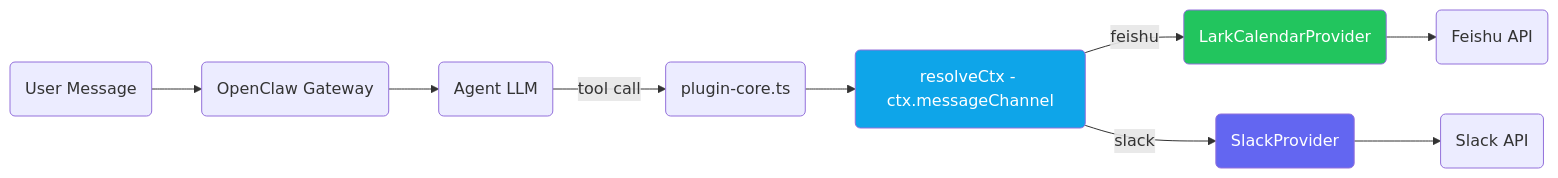
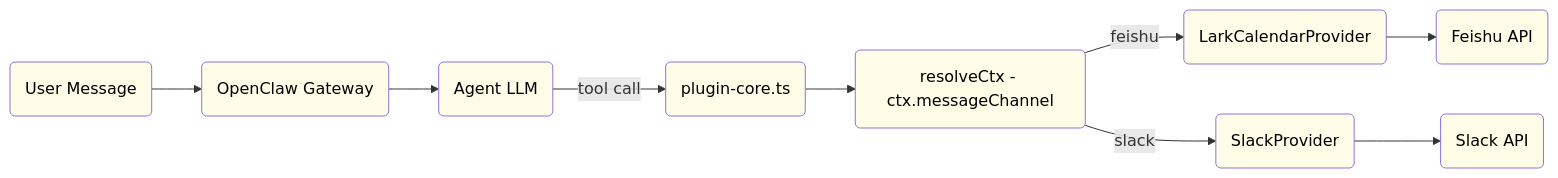
One commit to javana3/claw_meeting_all changed the eighth of 13 diagrams in README.md. Above: the diagram before and after it, drawn with Mermaid. The commit also changed other lines of this file, not shown here.

Commit message:
Replace all mermaid diagram colors with light yellow (#fffde7)

````diff
--- a/README.md
+++ b/README.md
@@ -270,15 +313,21 @@
 ```mermaid
 graph LR
     MSG(User Message) --> GW(OpenClaw Gateway)
     GW --> AGENT(Agent LLM)
     AGENT -->|tool call| CORE(plugin-core.ts)
     CORE --> CTX(resolveCtx - ctx.messageChannel)
     CTX -->|feishu| LP(LarkCalendarProvider)
     CTX -->|slack| SP(SlackProvider)
     LP --> LAPI(Feishu API)
     SP --> SAPI(Slack API)
 
-    style CTX fill:#0ea5e9,color:#fff
-    style LP fill:#22c55e,color:#fff
-    style SP fill:#6366f1,color:#fff
+    style CTX fill:#fffde7,color:#000
+    style LP fill:#fffde7,color:#000
+    style SP fill:#fffde7,color:#000
+    style MSG fill:#fffde7,color:#000
+    style GW fill:#fffde7,color:#000
+    style AGENT fill:#fffde7,color:#000
+    style CORE fill:#fffde7,color:#000
+    style LAPI fill:#fffde7,color:#000
+    style SAPI fill:#fffde7,color:#000
 ```
````
